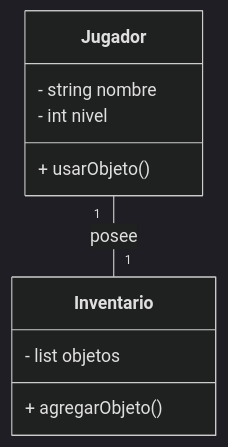
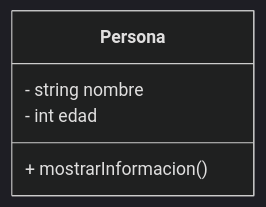
Before and after one commit to lufe089/POO: the second of 11 diagrams in 2.DiseñoOrientadoObjetos.md, drawn with Mermaid (dark theme). The commit also changed other lines of this file, not shown here.

````diff
--- a/2.DiseñoOrientadoObjetos.md
+++ b/2.DiseñoOrientadoObjetos.md
@@ -158,13 +108,8 @@
 ```mermaid
 classDiagram
-    class Jugador {
+    class Persona {
         - string nombre
-        - int nivel
-        + usarObjeto()
+        - int edad
+        + mostrarInformacion()
     }
-    class Inventario {
-        - list objetos
-        + agregarObjeto()
-    }
-    Jugador "1" -- "1" Inventario : posee
 ```
````
